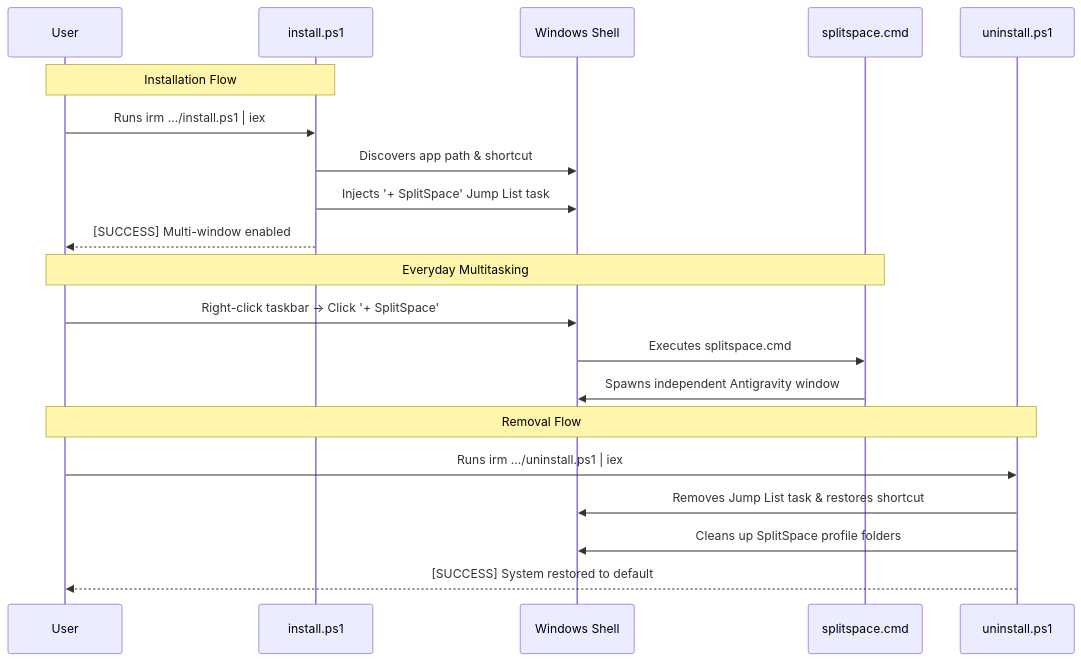
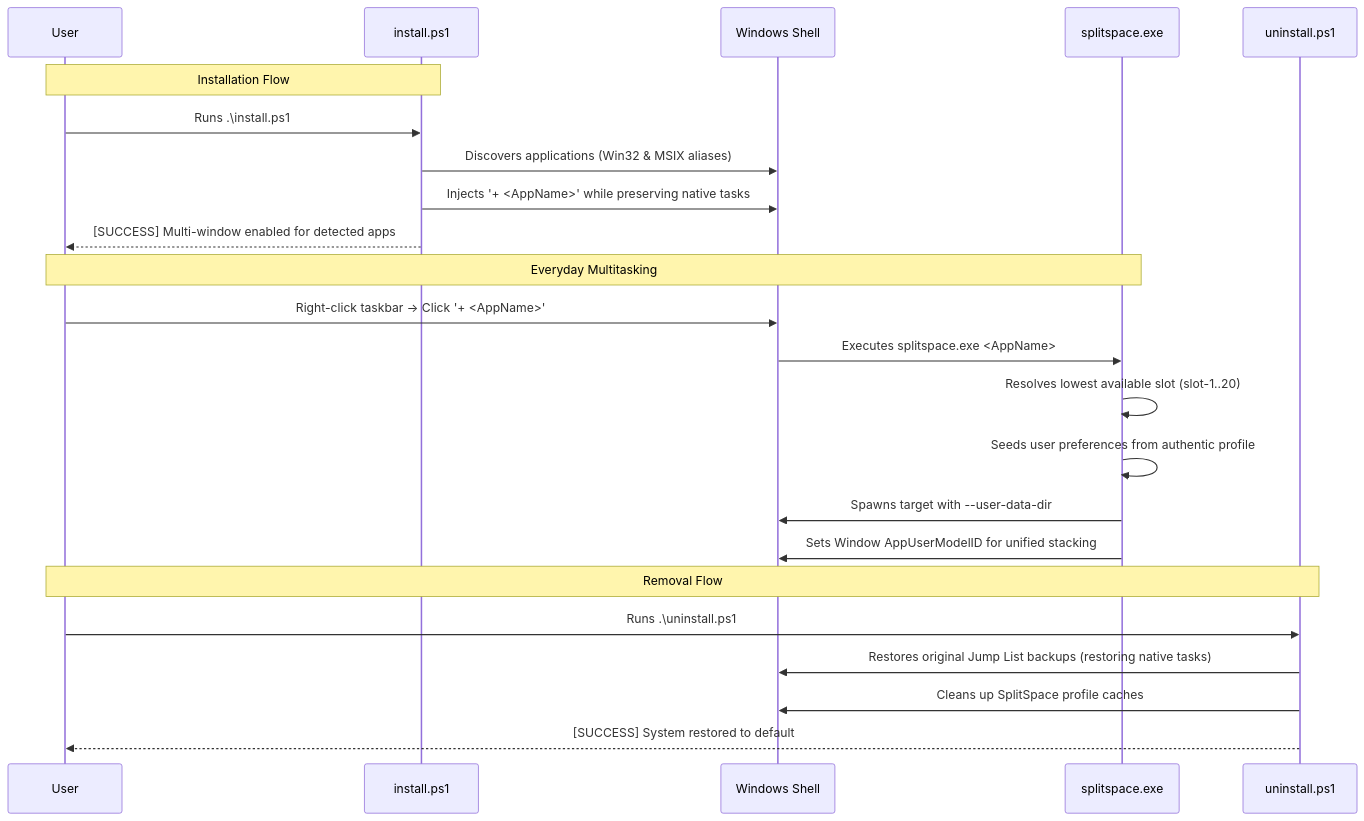
Before and after one commit to marjhonie-siasol/SplitSpace: the diagram in docs/architecture.md, drawn with Mermaid. The commit also changed other lines of this file and 7 other files, not shown here.

Commit message:
feat: unify taskbar grouping for Claude and ChatGPT, preserve native tasks, and exclude Cursor

````diff
--- a/docs/architecture.md
+++ b/docs/architecture.md
@@ -135,25 +125,28 @@
 ```mermaid
 sequenceDiagram
     participant User
     participant Installer as install.ps1
     participant System as Windows Shell
-    participant Launcher as splitspace.cmd
+    participant Launcher as splitspace.exe
     participant Uninstaller as uninstall.ps1
 
     Note over User, Installer: Installation Flow
-    User->>Installer: Runs irm .../install.ps1 | iex
-    Installer->>System: Discovers app path & shortcut
-    Installer->>System: Injects '+ SplitSpace' Jump List task
-    Installer-->>User: [SUCCESS] Multi-window enabled
+    User->>Installer: Runs .\install.ps1
+    Installer->>System: Discovers applications (Win32 & MSIX aliases)
+    Installer->>System: Injects '+ <AppName>' while preserving native tasks
+    Installer-->>User: [SUCCESS] Multi-window enabled for detected apps
 
     Note over User, Launcher: Everyday Multitasking
-    User->>System: Right-click taskbar -> Click '+ SplitSpace'
-    System->>Launcher: Executes splitspace.cmd
-    Launcher->>System: Spawns independent Antigravity window
+    User->>System: Right-click taskbar -> Click '+ <AppName>'
+    System->>Launcher: Executes splitspace.exe <AppName>
+    Launcher->>Launcher: Resolves lowest available slot (slot-1..20)
+    Launcher->>Launcher: Seeds user preferences from authentic profile
+    Launcher->>System: Spawns target with --user-data-dir
+    Launcher->>System: Sets Window AppUserModelID for unified stacking
 
     Note over User, Uninstaller: Removal Flow
-    User->>Uninstaller: Runs irm .../uninstall.ps1 | iex
-    Uninstaller->>System: Removes Jump List task & restores shortcut
-    Uninstaller->>System: Cleans up SplitSpace profile folders
+    User->>Uninstaller: Runs .\uninstall.ps1
+    Uninstaller->>System: Restores original Jump List backups (restoring native tasks)
+    Uninstaller->>System: Cleans up SplitSpace profile caches
     Uninstaller-->>User: [SUCCESS] System restored to default
 ```
````
